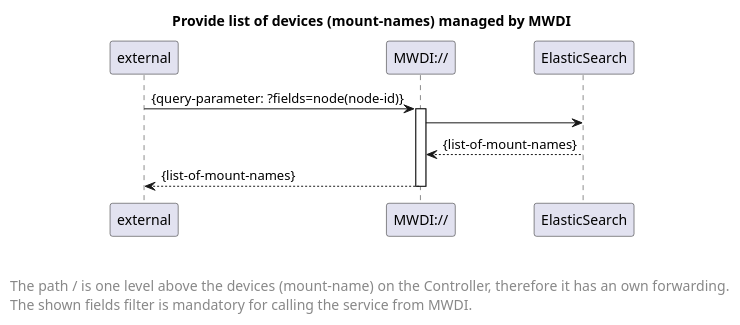
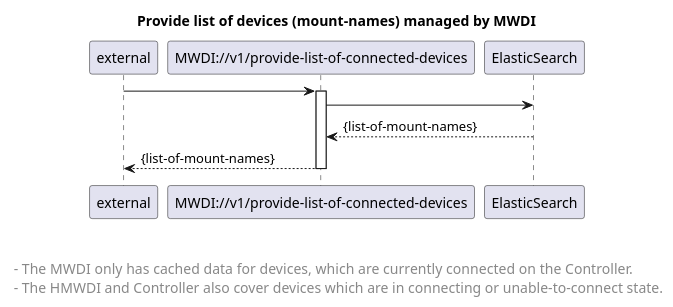
Before and after one commit to openBackhaul/MicroWaveDeviceInventory: the diagram in spec/diagrams/05x_forwardingProvideMountNameList.plantuml, drawn with PlantUML.

Commit message:
update pic

```diff
--- a/spec/diagrams/05x_forwardingProvideMountNameList.plantuml
+++ b/spec/diagrams/05x_forwardingProvideMountNameList.plantuml
@@ -1,30 +1,30 @@
 @startuml
 skinparam responseMessageBelowArrow true
 
 title Provide list of devices (mount-names) managed by MWDI
 
 participant "external" as requestor
-participant "MWDI://" as nodeReq
+participant "MWDI://v1/provide-list-of-connected-devices" as nodeReq
 participant "ElasticSearch" as es
 
 
-requestor-> nodeReq: {query-parameter: ?fields=node(node-id)}
+requestor-> nodeReq
 activate nodeReq
 
 nodeReq -> es
 es --> nodeReq : {list-of-mount-names}
 
 nodeReq --> requestor: {list-of-mount-names}
 deactivate nodeReq
 
-left footer \n\nThe path / is one level above the devices (mount-name) on the Controller, therefore it has an own forwarding. \nThe shown fields filter is mandatory for calling the service from MWDI.
+left footer \n\n - The MWDI only has cached data for devices, which are currently connected on the Controller. \n - The HMWDI and Controller also cover devices which are in connecting or unable-to-connect state.
 
 <style>
 footer {
   HorizontalAlignment left
   FontSize 14
 }
 </style>
 
 
 @enduml
```
